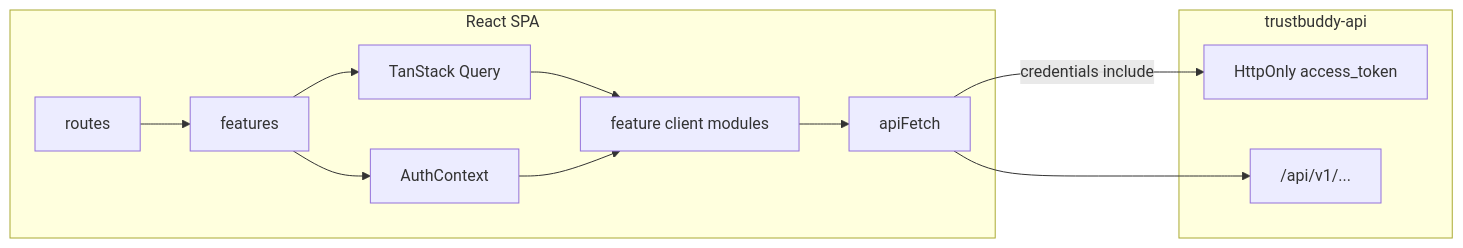
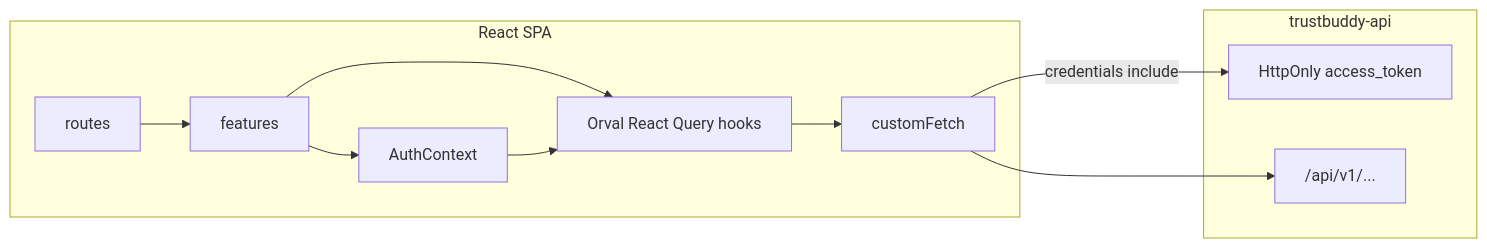
The diagram in ARCHITECTURE.md (aegre/trustbuddy-frontend), drawn with Mermaid before and after one commit. The commit also changed other lines of this file and 34 other files, not shown here.

First line of the commit message:
Phase 1: Orval codegen, stack deps, and @/ alias (#5)

````diff
--- a/ARCHITECTURE.md
+++ b/ARCHITECTURE.md
@@ -15,23 +15,21 @@
 ```mermaid
 flowchart LR
   subgraph spa [React SPA]
     Routes[routes]
     Features[features]
     AuthCtx[AuthContext]
-    TQ[TanStack Query]
-    Clients[feature client modules]
-    ApiSpine[apiFetch]
+    OrvalHooks[Orval React Query hooks]
+    Mutator[customFetch]
   end
   subgraph backend [trustbuddy-api]
     Cookie[HttpOnly access_token]
     Quotes["/api/v1/..."]
   end
   Routes --> Features
   Features --> AuthCtx
-  Features --> TQ
-  TQ --> Clients
-  AuthCtx --> Clients
-  Clients --> ApiSpine
-  ApiSpine -->|"credentials include"| Cookie
-  ApiSpine --> Quotes
+  Features --> OrvalHooks
+  AuthCtx --> OrvalHooks
+  OrvalHooks --> Mutator
+  Mutator -->|"credentials include"| Cookie
+  Mutator --> Quotes
 ```
````
